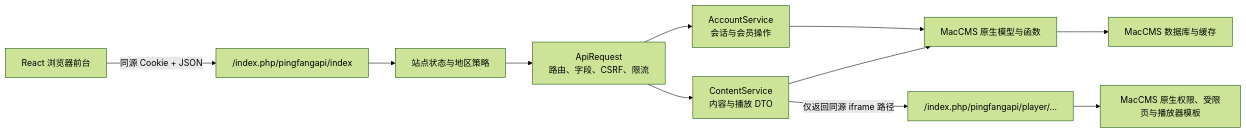
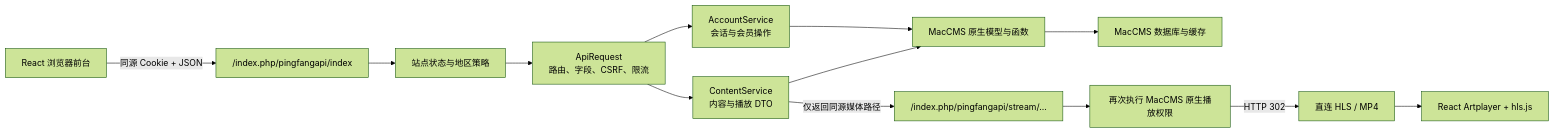
Before and after one commit to liziyang000/SquaredMedia: the diagram in docs/pingfangapi.md, drawn with Mermaid (forest theme). The commit also changed other lines of this file and 6 other files, not shown here.

Commit message:
docs: update React player and API guidance

````diff
--- a/docs/pingfangapi.md
+++ b/docs/pingfangapi.md
@@ -41,13 +42,15 @@
 ```mermaid
 flowchart LR
     React["React 浏览器前台"] -->|"同源 Cookie + JSON"| Entry["/index.php/pingfangapi/index"]
     Entry --> Guard["站点状态与地区策略"]
     Guard --> Request["ApiRequest\n路由、字段、CSRF、限流"]
     Request --> Content["ContentService\n内容与播放 DTO"]
     Request --> Account["AccountService\n会话与会员操作"]
     Content --> Core["MacCMS 原生模型与函数"]
     Account --> Core
     Core --> DB["MacCMS 数据库与缓存"]
-    Content -->|"仅返回同源 iframe 路径"| Player["/index.php/pingfangapi/player/..."]
-    Player --> Native["MacCMS 原生权限、受限页与播放器模板"]
+    Content -->|"仅返回同源媒体路径"| Stream["/index.php/pingfangapi/stream/..."]
+    Stream --> Native["再次执行 MacCMS 原生播放权限"]
+    Native -->|"HTTP 302"| Media["直连 HLS / MP4"]
+    Media --> Artplayer["React Artplayer + hls.js"]
 ```
````
